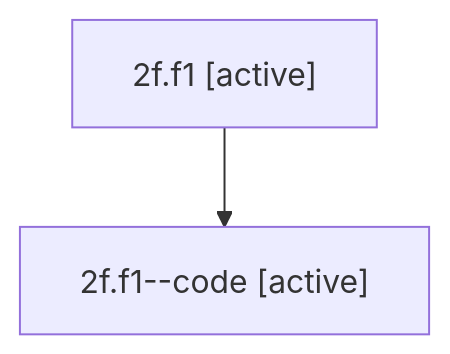
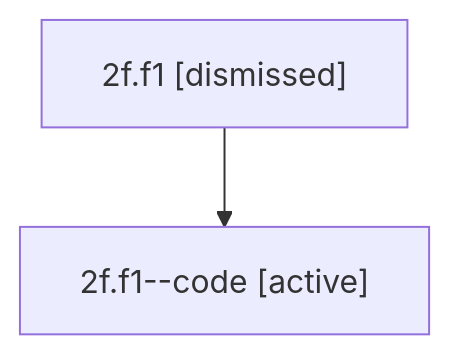
The diagram in sessions/bbugyi200.athena.2f.f1.md (sase-org/sase--agents), drawn with Mermaid before and after one commit. The commit also changed other lines of this file and 12 other files, not shown here.

````diff
--- a/sessions/bbugyi200.athena.2f.f1.md
+++ b/sessions/bbugyi200.athena.2f.f1.md
@@ -9,6 +9,6 @@
 ```mermaid
 flowchart TD
-  n0["2f.f1 [active]"]
+  n0["2f.f1 [dismissed]"]
   n1["2f.f1--code [active]"]
   n0 --> n1
 ```
````
